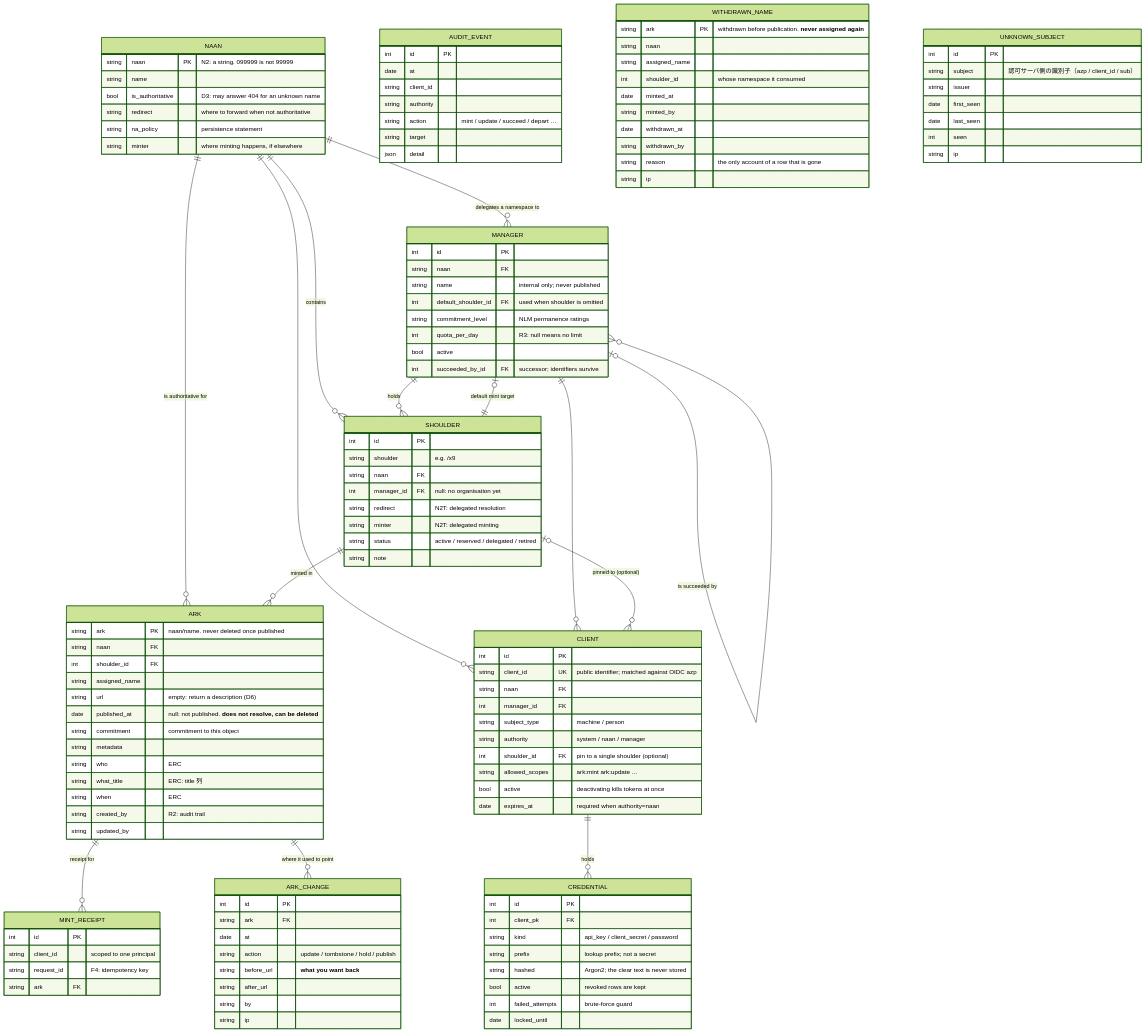
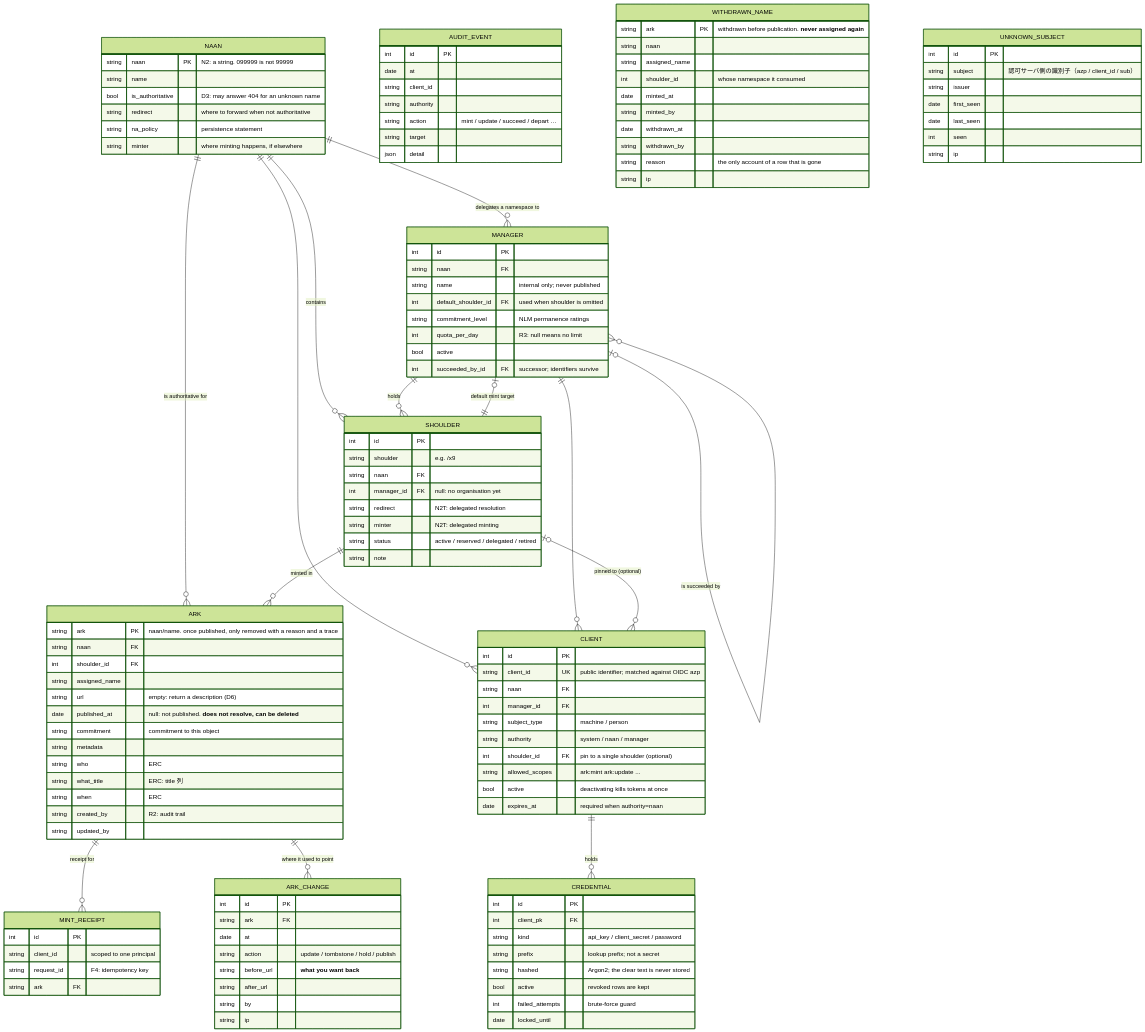
One commit to RCOSDP/arkhe changed the diagram in docs/reference/data-model.md. Above: the diagram before and after it, drawn with Mermaid (forest theme). The commit also changed other lines of this file and 16 other files, not shown here.

```diff
--- a/docs/reference/data-model.md
+++ b/docs/reference/data-model.md
@@ -55,7 +55,7 @@
     }
 
     ARK {
-        string ark PK "naan/name. never deleted once published"
+        string ark PK "naan/name. once published, only removed with a reason and a trace"
         string naan FK
         int    shoulder_id FK
         string assigned_name
```
